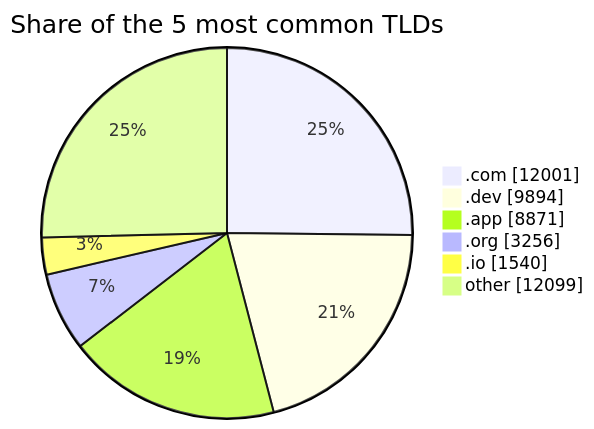
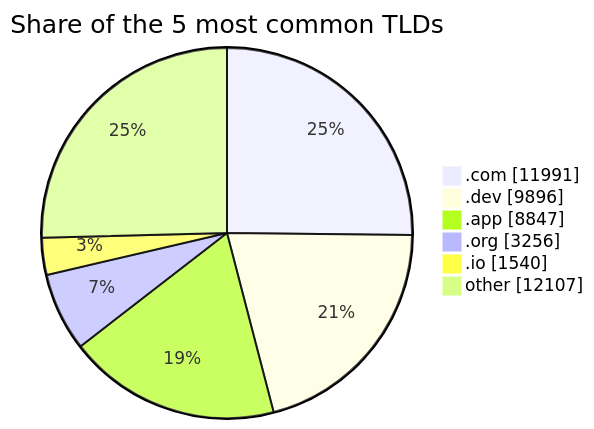
The third of 3 diagrams in README.md (DNSBunker/CTI), drawn with Mermaid before and after one commit. The commit also changed other lines of this file and 3 other files, not shown here.

````diff
--- a/README.md
+++ b/README.md
@@ -81,9 +81,9 @@
 ```mermaid
 pie showData title Share of the 5 most common TLDs
-    ".com" : 12001
-    ".dev" : 9894
-    ".app" : 8871
+    ".com" : 11991
+    ".dev" : 9896
+    ".app" : 8847
     ".org" : 3256
     ".io" : 1540
-    "other" : 12099
+    "other" : 12107
 ```
````
